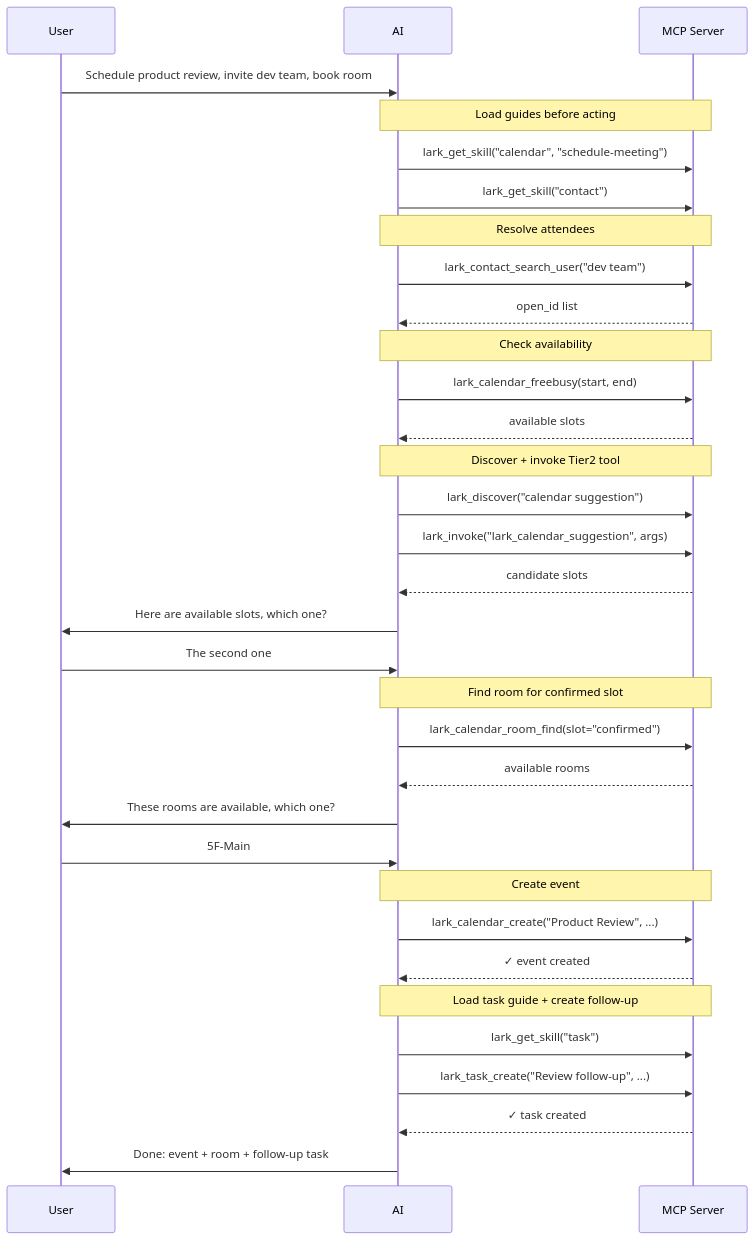
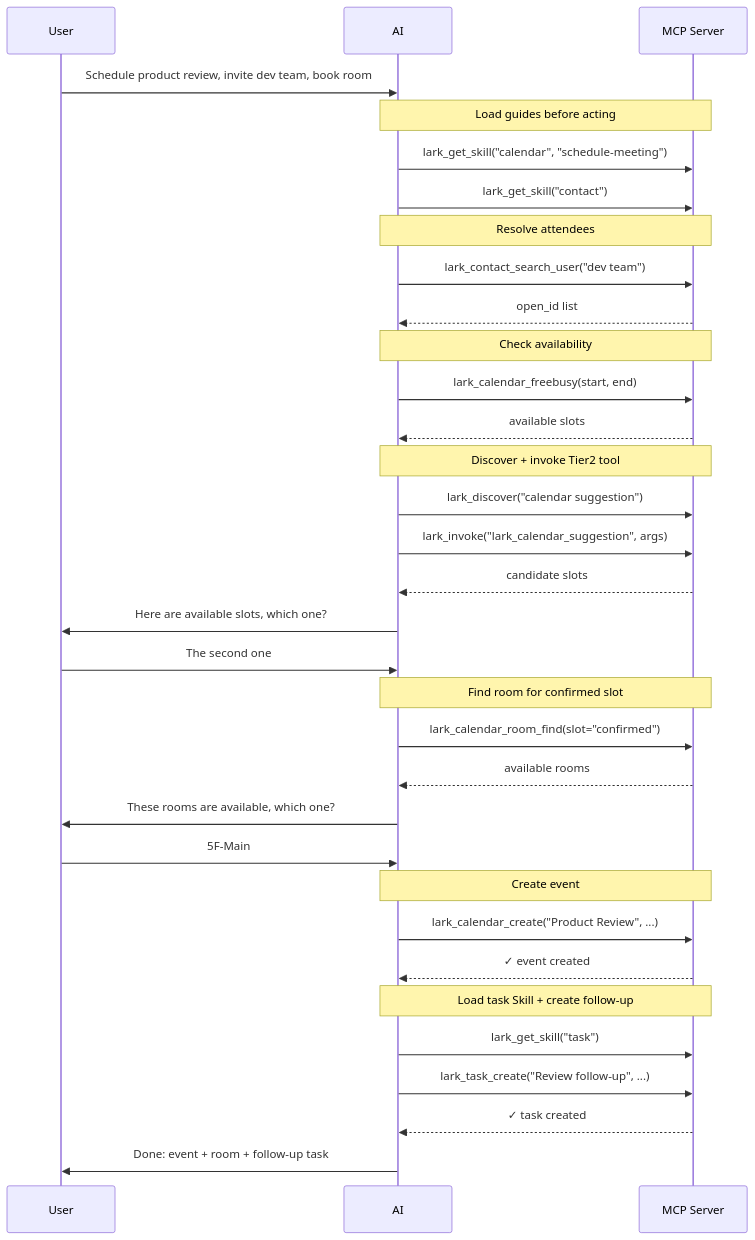
Before and after one commit to ddpie/lark-mcp-on-agentcore: the second of 2 diagrams in README.md, drawn with Mermaid. The commit also changed other lines of this file, not shown here.

Commit message:
docs: fix missed Skill terminology in diagram notes and section headers

````diff
--- a/README.md
+++ b/README.md
@@ -357,36 +357,36 @@
 ```mermaid
 sequenceDiagram
     participant U as User
     participant AI
     participant MCP as MCP Server
 
     U->>AI: Schedule product review, invite dev team, book room
     Note over AI,MCP: Load guides before acting
     AI->>MCP: lark_get_skill("calendar", "schedule-meeting")
     AI->>MCP: lark_get_skill("contact")
     Note over AI,MCP: Resolve attendees
     AI->>MCP: lark_contact_search_user("dev team")
     MCP-->>AI: open_id list
     Note over AI,MCP: Check availability
     AI->>MCP: lark_calendar_freebusy(start, end)
     MCP-->>AI: available slots
     Note over AI,MCP: Discover + invoke Tier2 tool
     AI->>MCP: lark_discover("calendar suggestion")
     AI->>MCP: lark_invoke("lark_calendar_suggestion", args)
     MCP-->>AI: candidate slots
     AI->>U: Here are available slots, which one?
     U->>AI: The second one
     Note over AI,MCP: Find room for confirmed slot
     AI->>MCP: lark_calendar_room_find(slot="confirmed")
     MCP-->>AI: available rooms
     AI->>U: These rooms are available, which one?
     U->>AI: 5F-Main
     Note over AI,MCP: Create event
     AI->>MCP: lark_calendar_create("Product Review", ...)
     MCP-->>AI: ✓ event created
-    Note over AI,MCP: Load task guide + create follow-up
+    Note over AI,MCP: Load task Skill + create follow-up
     AI->>MCP: lark_get_skill("task")
     AI->>MCP: lark_task_create("Review follow-up", ...)
     MCP-->>AI: ✓ task created
     AI->>U: Done: event + room + follow-up task
 ```
````
